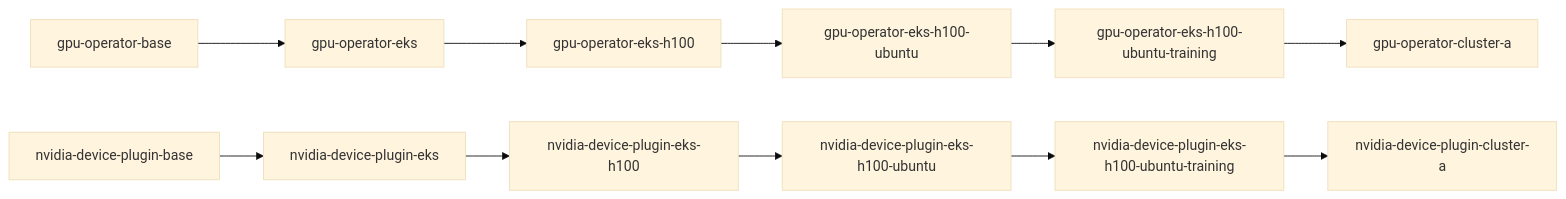
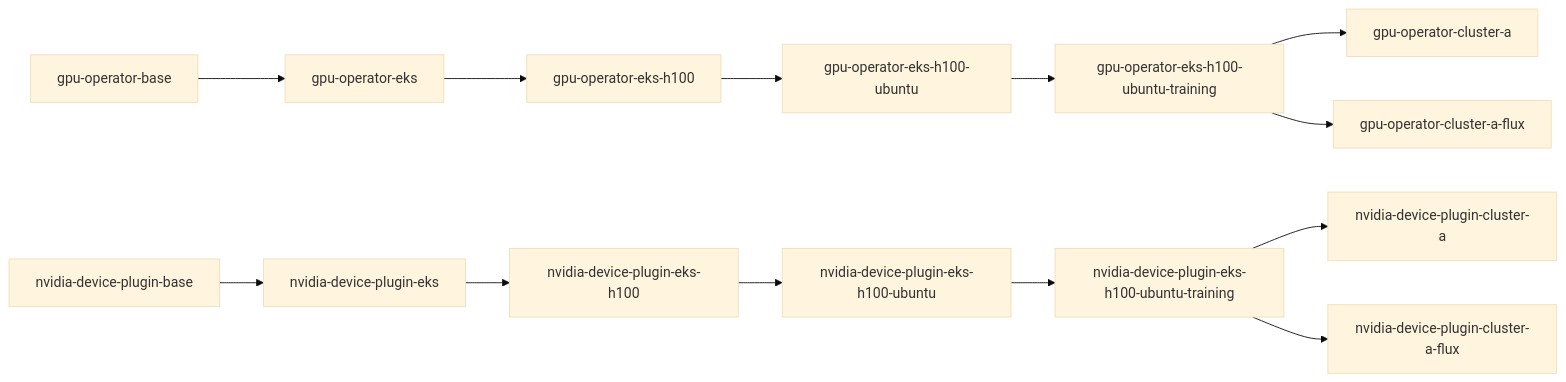
Before and after one commit to confighub/examples: the diagram in incubator/global-app-layer/gpu-eks-h100-training/README.md, drawn with Mermaid (base theme). The commit also changed other lines of this file and 18 other files, not shown here.

Commit message:
Add Flux deployment variants to GPU layered example

````diff
--- a/incubator/global-app-layer/gpu-eks-h100-training/README.md
+++ b/incubator/global-app-layer/gpu-eks-h100-training/README.md
@@ -99,14 +101,16 @@
 ```mermaid
 flowchart LR
   GBase["gpu-operator-base"] --> GPlatform["gpu-operator-eks"]
   GPlatform --> GAccel["gpu-operator-eks-h100"]
   GAccel --> GOS["gpu-operator-eks-h100-ubuntu"]
   GOS --> GRecipe["gpu-operator-eks-h100-ubuntu-training"]
   GRecipe --> GDeploy["gpu-operator-cluster-a"]
+  GRecipe --> GFlux["gpu-operator-cluster-a-flux"]
 
   PBase["nvidia-device-plugin-base"] --> PPlatform["nvidia-device-plugin-eks"]
   PPlatform --> PAccel["nvidia-device-plugin-eks-h100"]
   PAccel --> POS["nvidia-device-plugin-eks-h100-ubuntu"]
   POS --> PRecipe["nvidia-device-plugin-eks-h100-ubuntu-training"]
   PRecipe --> PDeploy["nvidia-device-plugin-cluster-a"]
+  PRecipe --> PFlux["nvidia-device-plugin-cluster-a-flux"]
 ```
````
